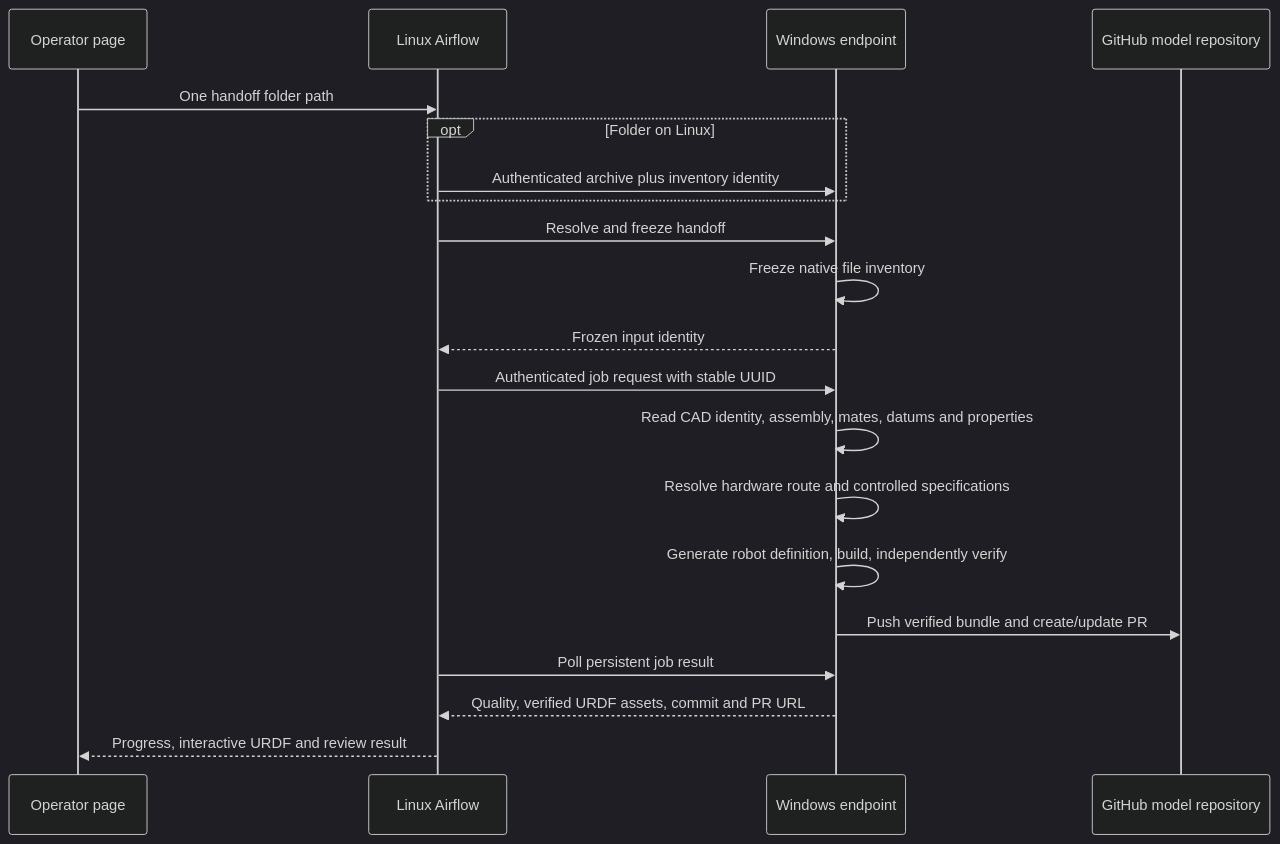
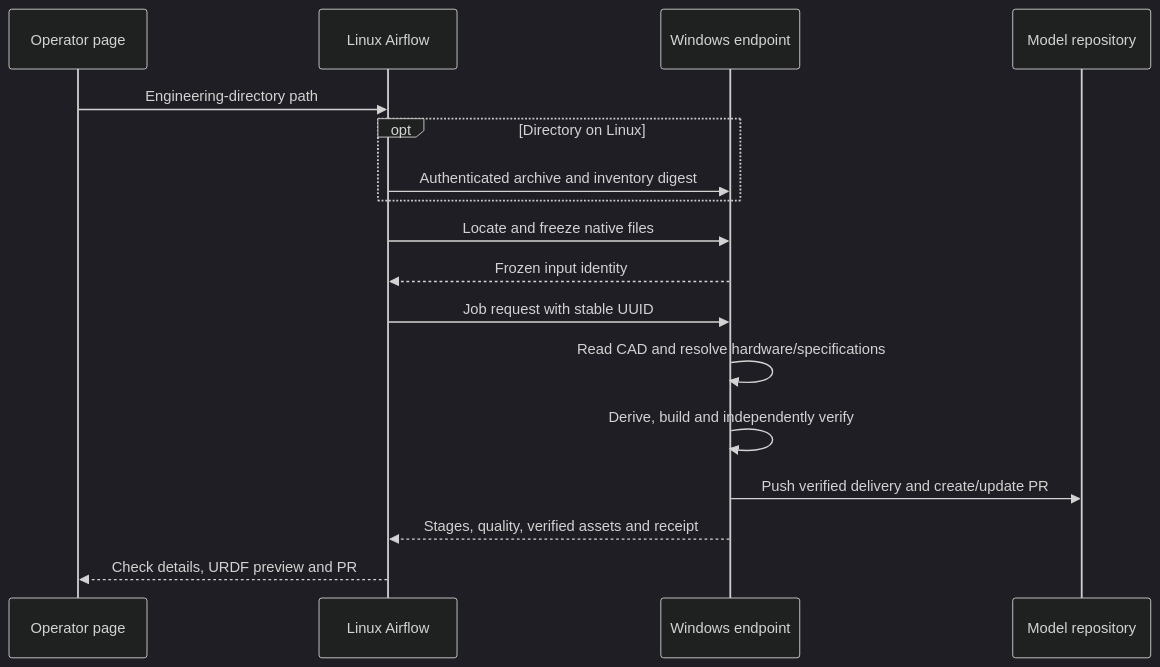
One commit to mimicverse/description-pipeline changed the diagram in docs/deployment.md. Above: the diagram before and after it, drawn with Mermaid (dark theme). The commit also changed other lines of this file and 12 other files, not shown here.

````diff
--- a/docs/deployment.md
+++ b/docs/deployment.md
@@ -39,22 +167,19 @@
 ```mermaid
 sequenceDiagram
-  participant M as Operator page
+  participant O as Operator page
   participant A as Linux Airflow
   participant W as Windows endpoint
-  participant G as GitHub model repository
-  M->>A: One handoff folder path
-  opt Folder on Linux
-    A->>W: Authenticated archive plus inventory identity
+  participant G as Model repository
+  O->>A: Engineering-directory path
+  opt Directory on Linux
+    A->>W: Authenticated archive and inventory digest
   end
-  A->>W: Resolve and freeze handoff
-  W->>W: Freeze native file inventory
+  A->>W: Locate and freeze native files
   W-->>A: Frozen input identity
-  A->>W: Authenticated job request with stable UUID
-  W->>W: Read CAD identity, assembly, mates, datums and properties
-  W->>W: Resolve hardware route and controlled specifications
-  W->>W: Generate robot definition, build, independently verify
-  W->>G: Push verified bundle and create/update PR
-  A->>W: Poll persistent job result
-  W-->>A: Quality, verified URDF assets, commit and PR URL
-  A-->>M: Progress, interactive URDF and review result
+  A->>W: Job request with stable UUID
+  W->>W: Read CAD and resolve hardware/specifications
+  W->>W: Derive, build and independently verify
+  W->>G: Push verified delivery and create/update PR
+  W-->>A: Stages, quality, verified assets and receipt
+  A-->>O: Check details, URDF preview and PR
 ```
````
